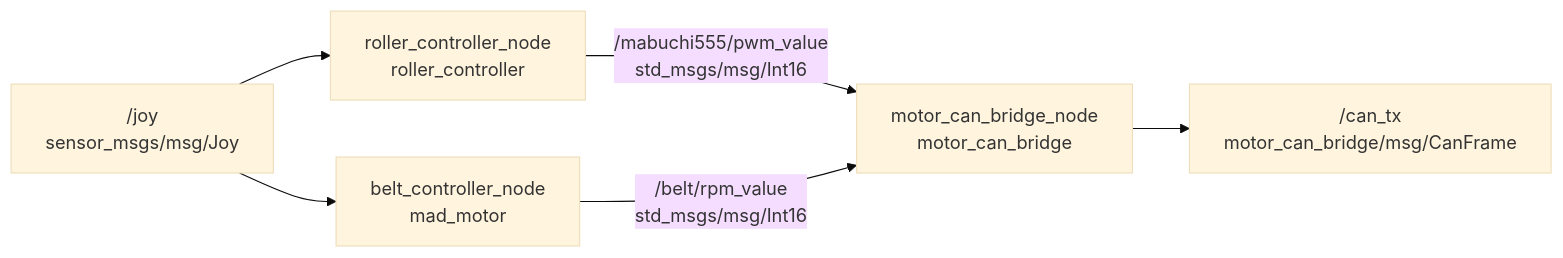
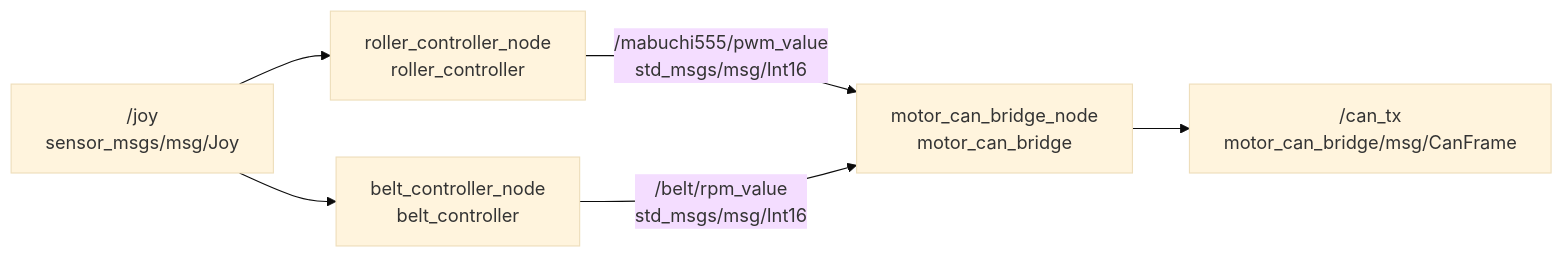
The first of 5 diagrams in ros2_ws/src/README.md (rodep-soft/rox2026), drawn with Mermaid (base theme) before and after one commit. The commit also changed other lines of this file and 33 other files, not shown here.

Commit message:
rollerの角度調整を行う際のlaunchファイル削除とbringupへ書き込み。mad_motor -> belt_controller

````diff
--- a/ros2_ws/src/README.md
+++ b/ros2_ws/src/README.md
@@ -20,17 +20,17 @@
 ```mermaid
 flowchart LR
   joy["/joy<br/>sensor_msgs/msg/Joy"]
 
   roller["roller_controller_node<br/>roller_controller"]
-  mad["belt_controller_node<br/>mad_motor"]
+  mad["belt_controller_node<br/>belt_controller"]
   bridge["motor_can_bridge_node<br/>motor_can_bridge"]
   can_tx["/can_tx<br/>motor_can_bridge/msg/CanFrame"]
 
   joy --> roller
   joy --> mad
 
   roller -->|"/mabuchi555/pwm_value<br/>std_msgs/msg/Int16"| bridge
   mad -->|"/belt/rpm_value<br/>std_msgs/msg/Int16"| bridge
 
   bridge --> can_tx
 ```
````
